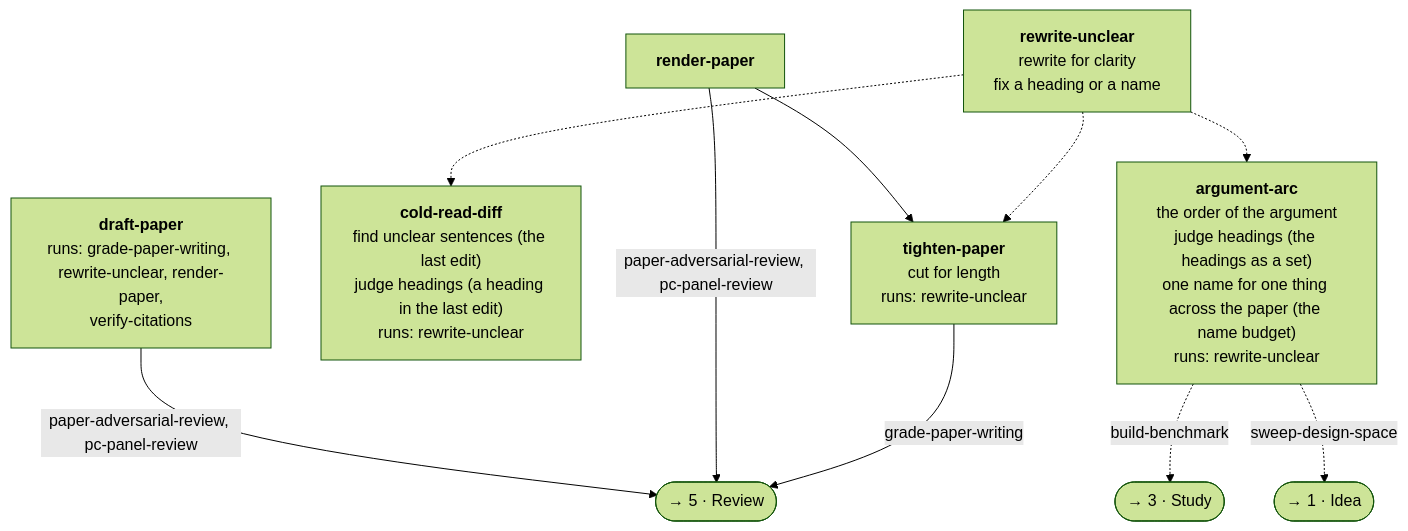
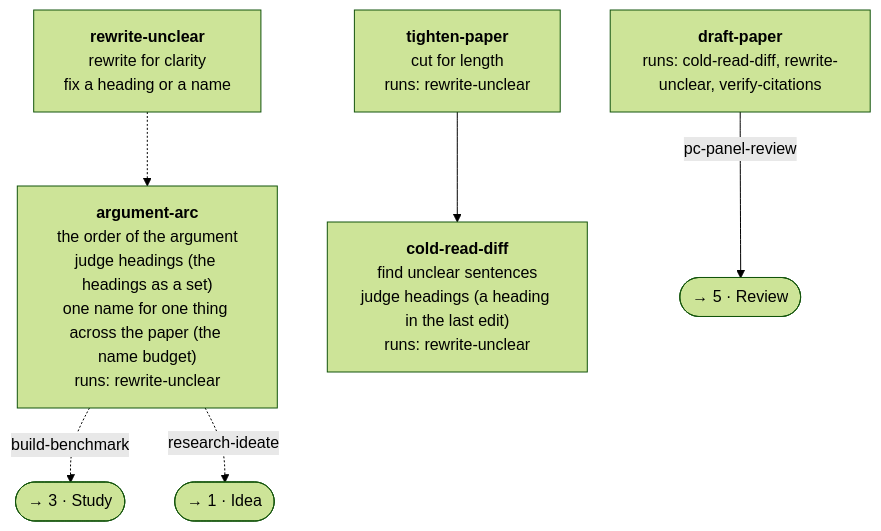
One commit to zernie/paperlint changed the fifth of 9 diagrams in docs/pipeline.md. Above: the diagram before and after it, drawn with Mermaid (forest theme). The commit also changed other lines of this file and 145 other files, not shown here.

````diff
--- a/docs/pipeline.md
+++ b/docs/pipeline.md
@@ -124,21 +118,16 @@
 ```mermaid
 flowchart TB
   argument_arc["<b>argument-arc</b><br/>the order of the argument<br/>judge headings (the headings as a set)<br/>one name for one thing across the paper (the name budget)<br/>runs: rewrite-unclear"]
-  cold_read_diff["<b>cold-read-diff</b><br/>find unclear sentences (the last edit)<br/>judge headings (a heading in the last edit)<br/>runs: rewrite-unclear"]
-  draft_paper["<b>draft-paper</b><br/>runs: grade-paper-writing, rewrite-unclear, render-paper,<br/>verify-citations"]
-  render_paper["<b>render-paper</b>"]
+  cold_read_diff["<b>cold-read-diff</b><br/>find unclear sentences<br/>judge headings (a heading in the last edit)<br/>runs: rewrite-unclear"]
+  draft_paper["<b>draft-paper</b><br/>runs: cold-read-diff, rewrite-unclear, verify-citations"]
   rewrite_unclear["<b>rewrite-unclear</b><br/>rewrite for clarity<br/>fix a heading or a name"]
   tighten_paper["<b>tighten-paper</b><br/>cut for length<br/>runs: rewrite-unclear"]
-  render_paper --> tighten_paper
-  rewrite_unclear -.-> cold_read_diff
-  rewrite_unclear -.-> tighten_paper
   rewrite_unclear -.-> argument_arc
+  tighten_paper --> cold_read_diff
   to_stage_study(["→ 3 · Study"])
   to_stage_idea(["→ 1 · Idea"])
   to_stage_review(["→ 5 · Review"])
   argument_arc -. "build-benchmark" .-> to_stage_study
-  argument_arc -. "sweep-design-space" .-> to_stage_idea
-  draft_paper -- "paper-adversarial-review, pc-panel-review" --> to_stage_review
-  render_paper -- "paper-adversarial-review, pc-panel-review" --> to_stage_review
-  tighten_paper -- "grade-paper-writing" --> to_stage_review
+  argument_arc -. "research-ideate" .-> to_stage_idea
+  draft_paper -- "pc-panel-review" --> to_stage_review
 ```
````
